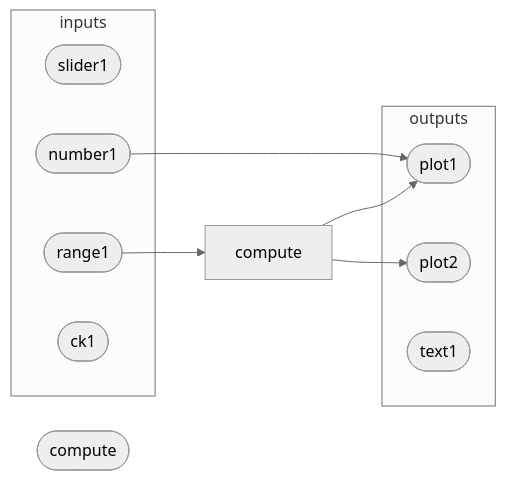
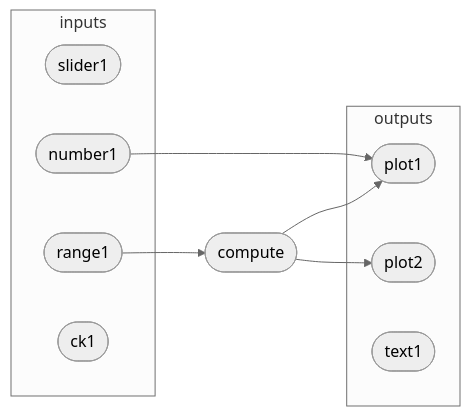
Before and after one commit to brandmaier/shiny_workshop_2024: the fourth of 4 diagrams in presentation.qmd, drawn with Mermaid (neutral theme). The commit also changed other lines of this file and 2 other files, not shown here.

````diff
--- a/presentation.qmd
+++ b/presentation.qmd
@@ -493,20 +479,20 @@
 ```{mermaid}
 flowchart LR
   subgraph outputs
   pl1([plot1])
   pl2([plot2])
   tx1([text1])
   end
-  comp([compute])
+  compute([compute])
   subgraph inputs
   slider1([slider1]) 
   n1([number1]) 
   rn1([range1])
   ck1([ck1])
   end
   compute --> pl1
   compute --> pl2
   rn1 --> compute
   n1 --> pl1
 
 ```
````
